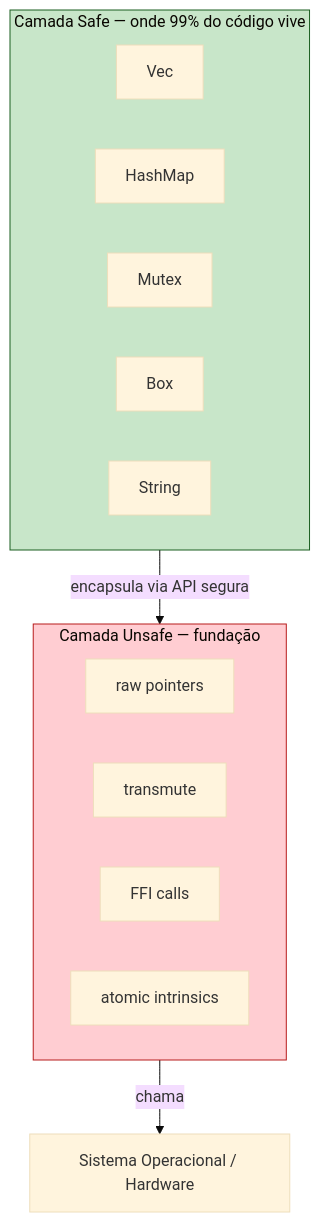
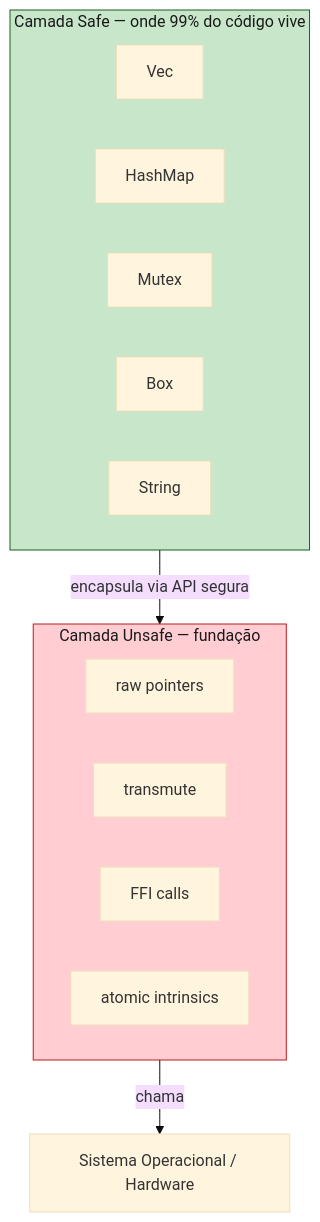
Before and after one commit to Felipeness/ferro-e-espirito: the first of 3 diagrams in book/part-13-unsafe-and-ffi/ch36-unsafe.md, drawn with Mermaid (base theme). The commit also changed other lines of this file and 56 other files, not shown here.

First line of the commit message:
fix: contraste de texto em diagramas mermaid

````diff
--- a/book/part-13-unsafe-and-ffi/ch36-unsafe.md
+++ b/book/part-13-unsafe-and-ffi/ch36-unsafe.md
@@ -18,23 +18,23 @@
 ```mermaid
 graph TB
     subgraph SAFE["Camada Safe — onde 99% do código vive"]
         A[Vec<T>]
         B[HashMap<K,V>]
         C[Mutex<T>]
         D[Box<T>]
         E[String]
     end
 
     subgraph UNSAFE["Camada Unsafe — fundação"]
         F[raw pointers]
         G[transmute]
         H[FFI calls]
         I[atomic intrinsics]
     end
 
     SAFE -->|"encapsula via API segura"| UNSAFE
     UNSAFE -->|"chama"| OS[Sistema Operacional / Hardware]
 
-    style SAFE fill:#c8e6c9,stroke:#1b5e20
-    style UNSAFE fill:#ffcdd2,stroke:#b71c1c
+    style SAFE fill:#c8e6c9,stroke:#1b5e20,color:#1a1a1a
+    style UNSAFE fill:#ffcdd2,stroke:#b71c1c,color:#1a1a1a
 ```
````
